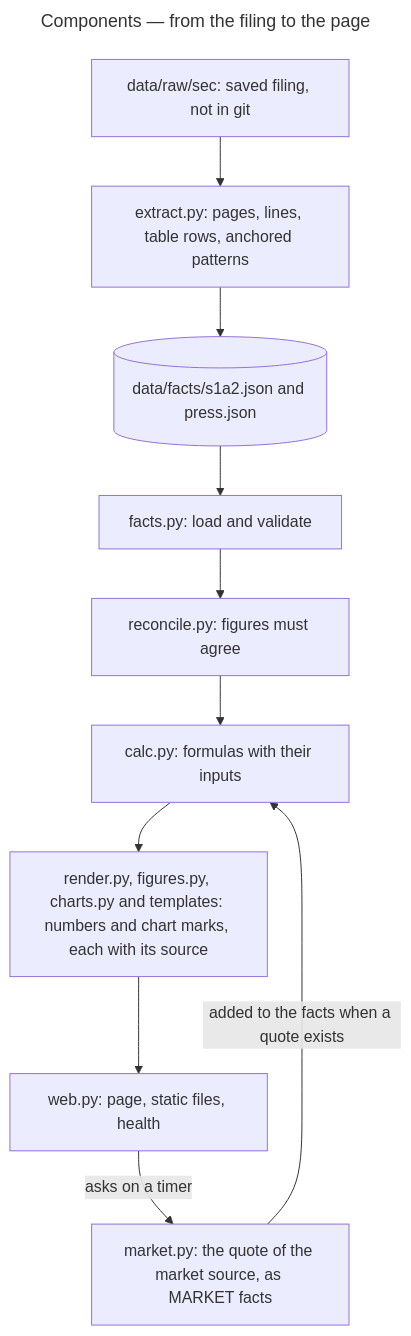
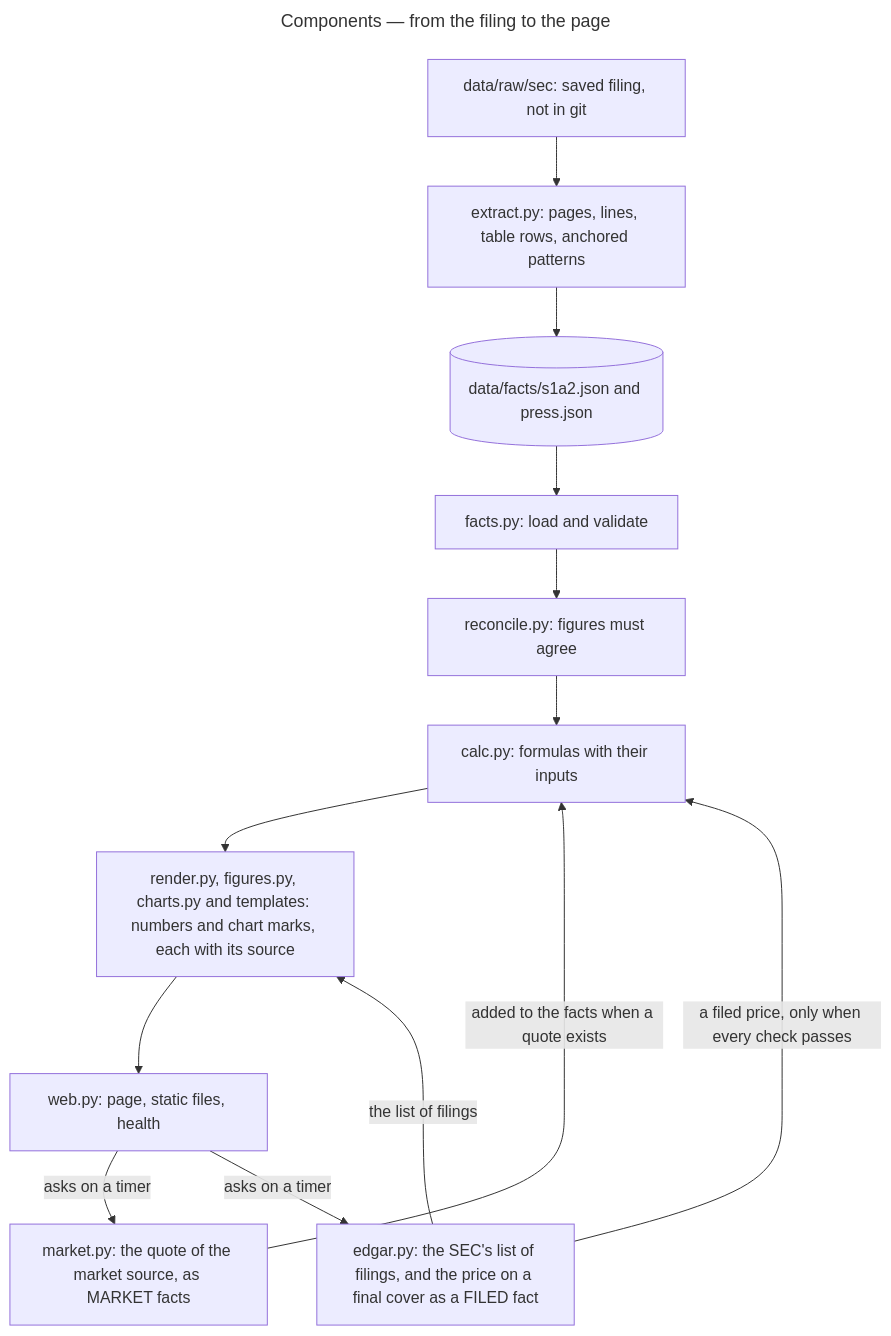
Before and after one commit to sonixz/monitor-anthropic-ipo: the second of 3 diagrams in ARCHITECTURE.md, drawn with Mermaid. The commit also changed other lines of this file and 26 other files, not shown here.

First line of the commit message:
feat(filings): watch the SEC's filing list and read the final price

````diff
--- a/ARCHITECTURE.md
+++ b/ARCHITECTURE.md
@@ -37,18 +38,22 @@
 ```mermaid
 ---
 title: Components — from the filing to the page
 ---
 flowchart TB
   raw["data/raw/sec: saved filing, not in git"]
   extract["extract.py: pages, lines, table rows, anchored patterns"]
   facts[("data/facts/s1a2.json and press.json")]
   load["facts.py: load and validate"]
   reconcile["reconcile.py: figures must agree"]
   calc["calc.py: formulas with their inputs"]
   market["market.py: the quote of the market source, as MARKET facts"]
+  edgar["edgar.py: the SEC's list of filings, and the price on a final cover as a FILED fact"]
   render["render.py, figures.py, charts.py and templates: numbers and chart marks, each with its source"]
   web["web.py: page, static files, health"]
   raw --> extract --> facts --> load --> reconcile --> calc --> render --> web
   market -->|"added to the facts when a quote exists"| calc
   web -->|"asks on a timer"| market
+  edgar -->|"a filed price, only when every check passes"| calc
+  edgar -->|"the list of filings"| render
+  web -->|"asks on a timer"| edgar
 ```
````
